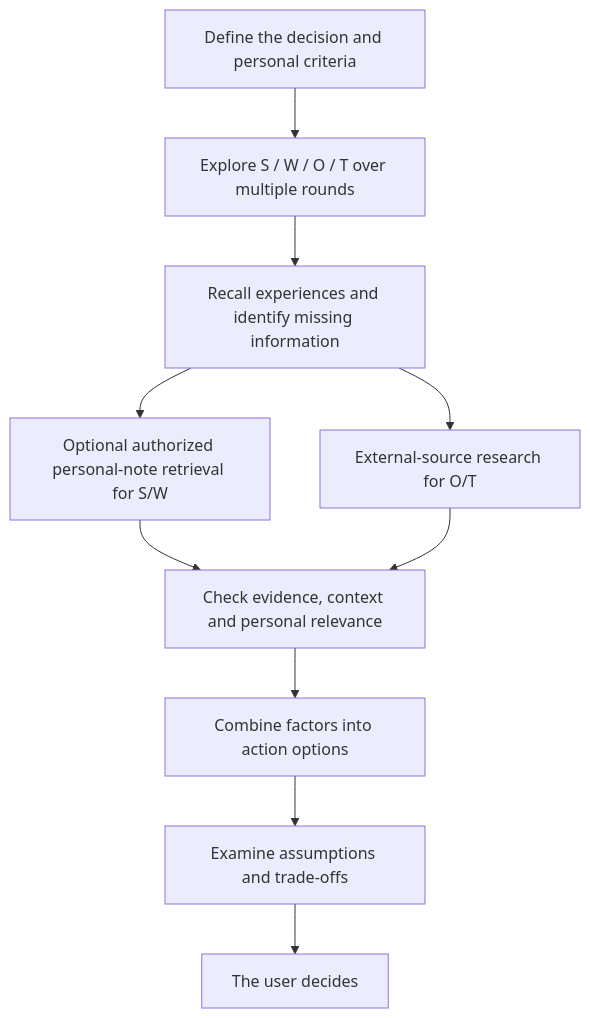
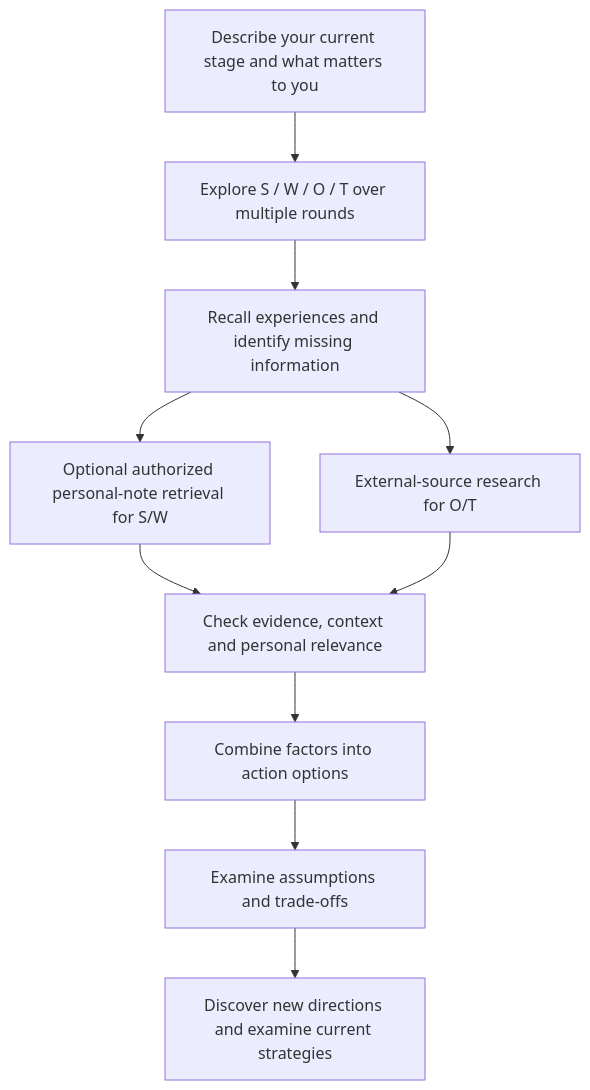
One commit to Hanaaa-Sying/mySWOT changed the diagram in README.md. Above: the diagram before and after it, drawn with Mermaid. The commit also changed other lines of this file and 6 other files, not shown here.

Commit message:
Start personal SWOT from the current stage and examine existing strategies

````diff
--- a/README.md
+++ b/README.md
@@ -40,12 +40,12 @@
 ```mermaid
 flowchart TD
-    A[Define the decision and personal criteria] --> B[Explore S / W / O / T over multiple rounds]
+    A[Describe your current stage and what matters to you] --> B[Explore S / W / O / T over multiple rounds]
     B --> C[Recall experiences and identify missing information]
     C --> D[Optional authorized personal-note retrieval for S/W]
     C --> E[External-source research for O/T]
     D --> F[Check evidence, context and personal relevance]
     E --> F
     F --> G[Combine factors into action options]
     G --> H[Examine assumptions and trade-offs]
-    H --> I[The user decides]
+    H --> I[Discover new directions and examine current strategies]
 ```
````
